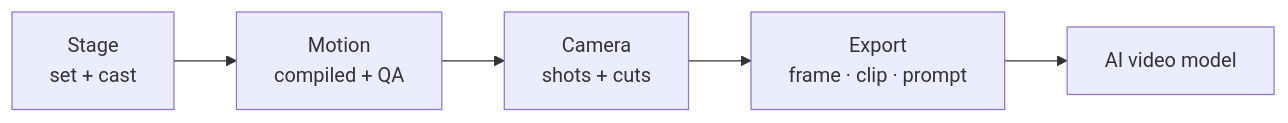
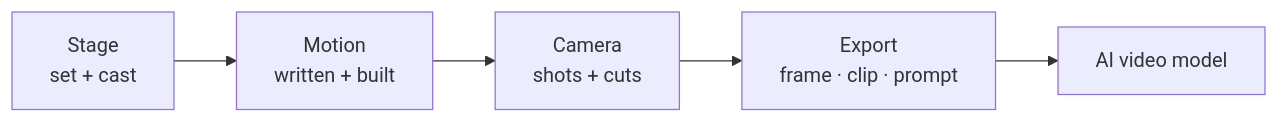
One commit to HaD0Yun/CozyClay changed the diagram in README.de.md. Above: the diagram before and after it, drawn with Mermaid. The commit also changed other lines of this file and 17 other files, not shown here.

Commit message:
Docs for 3.3.0: motion by the motion tool and its writer, the cube figure, lights, rail camera, toon look; the old engine's guides say so; storyboard row gone from the translations

````diff
--- a/README.de.md
+++ b/README.de.md
@@ -56,4 +56,4 @@
 ```mermaid
 flowchart LR
-  S["Stage<br/>set + cast"] --> M["Motion<br/>compiled + QA"] --> C["Camera<br/>shots + cuts"] --> E["Export<br/>frame · clip · prompt"] --> V["AI video model"]
+  S["Stage<br/>set + cast"] --> M["Motion<br/>written + built"] --> C["Camera<br/>shots + cuts"] --> E["Export<br/>frame · clip · prompt"] --> V["AI video model"]
 ```
````
